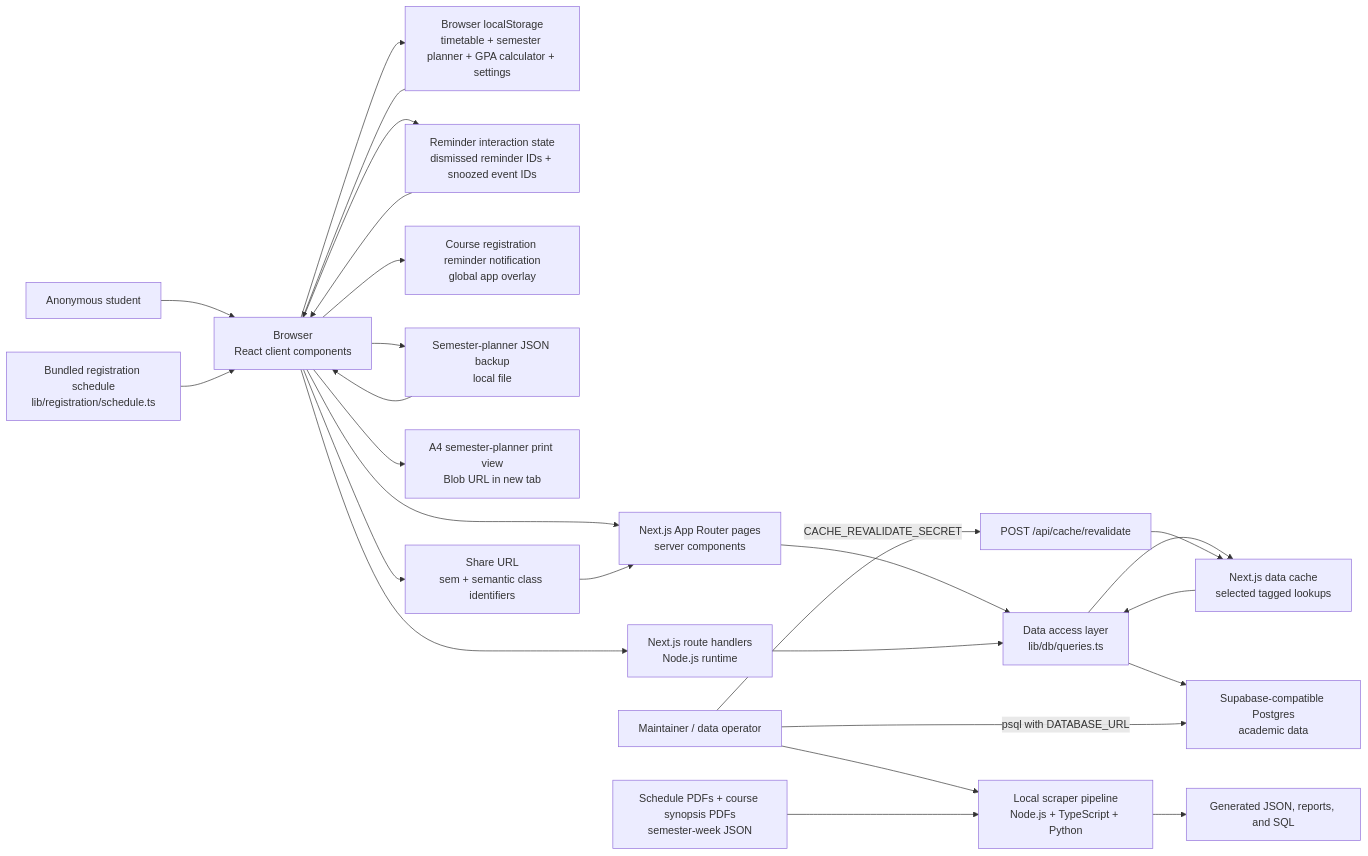
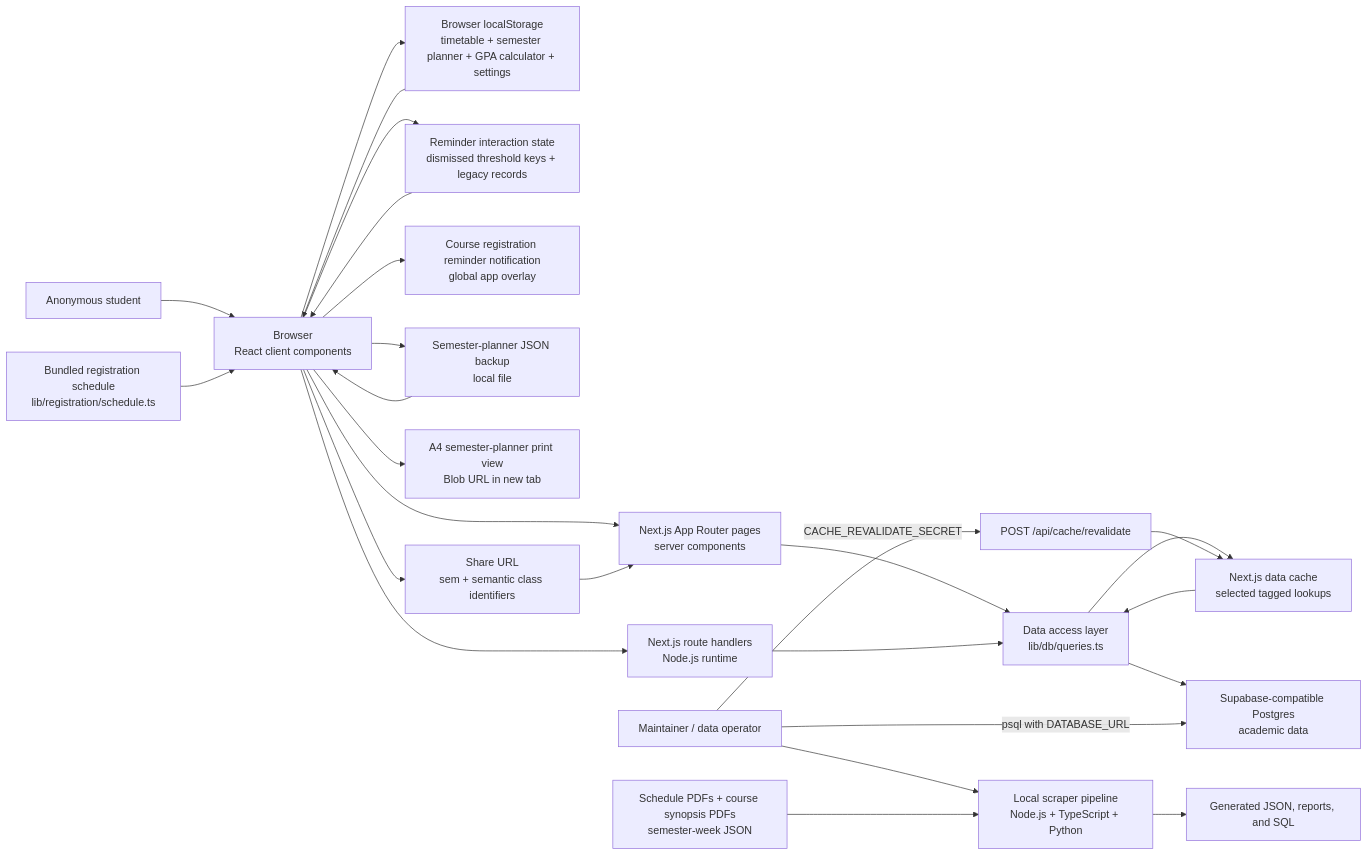
The first of 18 diagrams in docs/DeveloperGuide.md (lester-td/SUSSplanner), drawn with Mermaid before and after one commit. The commit also changed other lines of this file and 1 other file, not shown here.

````diff
--- a/docs/DeveloperGuide.md
+++ b/docs/DeveloperGuide.md
@@ -47,49 +47,49 @@
 ```mermaid
 flowchart LR
     User["Anonymous student"]
     Maintainer["Maintainer / data operator"]
     Browser["Browser<br/>React client components"]
     LocalStorage["Browser localStorage<br/>timetable + semester planner + GPA calculator + settings"]
-    ReminderState["Reminder interaction state<br/>dismissed reminder IDs + snoozed event IDs"]
+    ReminderState["Reminder interaction state<br/>dismissed threshold keys + legacy records"]
     RegistrationSchedule["Bundled registration schedule<br/>lib/registration/schedule.ts"]
     ReminderNotification["Course registration reminder notification<br/>global app overlay"]
     SemesterPlannerBackup["Semester-planner JSON backup<br/>local file"]
     SemesterPlannerPrint["A4 semester-planner print view<br/>Blob URL in new tab"]
     ShareURL["Share URL<br/>sem + semantic class identifiers"]
     NextPages["Next.js App Router pages<br/>server components"]
     API["Next.js route handlers<br/>Node.js runtime"]
     DAL["Data access layer<br/>lib/db/queries.ts"]
     Cache["Next.js data cache<br/>selected tagged lookups"]
     DB["Supabase-compatible Postgres<br/>academic data"]
     Sources["Schedule PDFs + course synopsis PDFs<br/>semester-week JSON"]
     Scraper["Local scraper pipeline<br/>Node.js + TypeScript + Python"]
     SQL["Generated JSON, reports, and SQL"]
     Revalidate["POST /api/cache/revalidate"]
 
     User --> Browser
     Browser --> LocalStorage
     LocalStorage --> Browser
     Browser --> ReminderState
     ReminderState --> Browser
     RegistrationSchedule --> Browser
     Browser --> ReminderNotification
     Browser --> SemesterPlannerBackup
     SemesterPlannerBackup --> Browser
     Browser --> SemesterPlannerPrint
     Browser --> NextPages
     Browser --> ShareURL
     ShareURL --> NextPages
     Browser --> API
     NextPages --> DAL
     API --> DAL
     DAL --> Cache
     Cache --> DAL
     DAL --> DB
 
     Maintainer --> Scraper
     Sources --> Scraper
     Scraper --> SQL
     Maintainer -->|"psql with DATABASE_URL"| DB
     Maintainer -->|"CACHE_REVALIDATE_SECRET"| Revalidate
     Revalidate --> Cache
 ```
````
